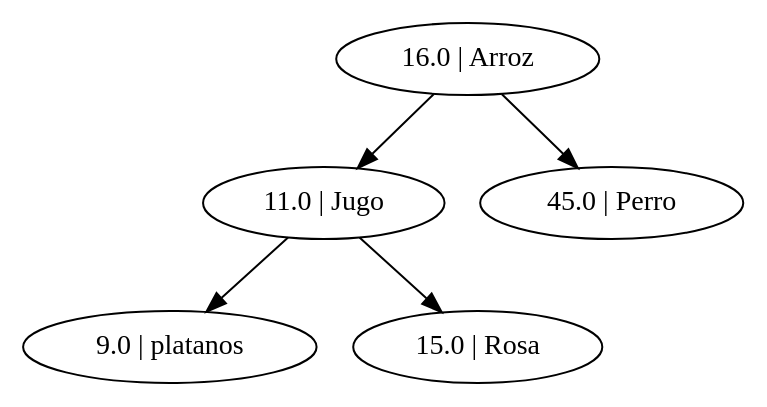
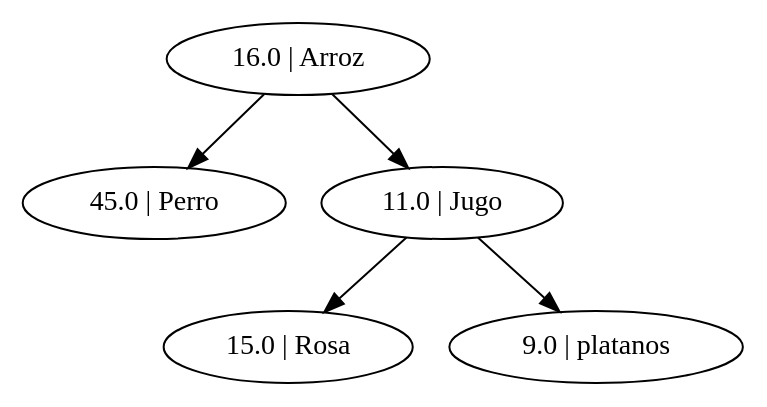
Before and after one commit to BryanBlacks/Algoritmos-y-Estructuras-de-Datos: the diagram in Unidad I/PAC III 2019/Proyecto 1/Python/Memoria/test1.dot, drawn with Graphviz. The commit also changed 14 other files, not shown here.

```diff
--- a/Unidad I/PAC III 2019/Proyecto 1/Python/Memoria/test1.dot
+++ b/Unidad I/PAC III 2019/Proyecto 1/Python/Memoria/test1.dot
@@ -1,6 +1,6 @@
-strict digraph "" {
+strict digraph  {
+	"16.0 | Arroz" -> "45.0 | Perro";
 	"16.0 | Arroz" -> "11.0 | Jugo";
-	"16.0 | Arroz" -> "45.0 | Perro";
+	"11.0 | Jugo" -> "15.0 | Rosa";
 	"11.0 | Jugo" -> "9.0 | platanos";
-	"11.0 | Jugo" -> "15.0 | Rosa";
 }
```
